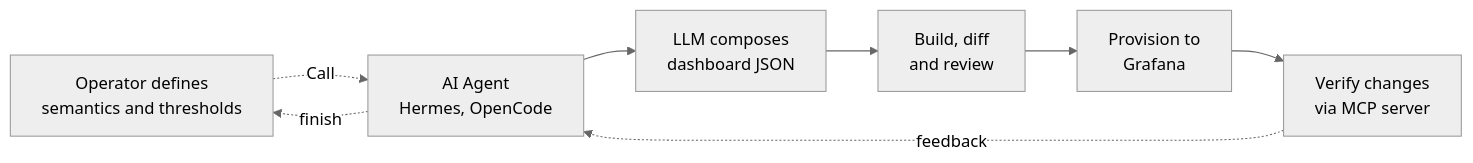
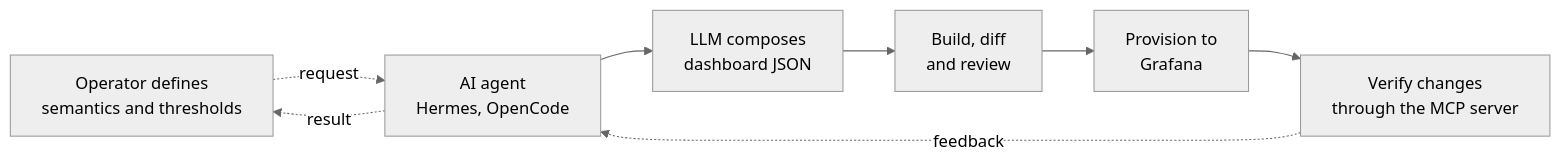
The sixth of 6 diagrams in slides.md (hanx-hep/28th-junocm-dci), drawn with Mermaid (neutral theme) before and after one commit. The commit also changed other lines of this file, not shown here.

````diff
--- a/slides.md
+++ b/slides.md
@@ -496,10 +496,10 @@
 ```mermaid {scale: 0.65}
 flowchart LR
-    A[Operator defines<br/>semantics and thresholds] -. Call .-> B[AI Agent<br/>Hermes, OpenCode]
+    A[Operator defines<br/>semantics and thresholds] -. request .-> B[AI agent<br/>Hermes, OpenCode]
     B --> F[LLM composes<br/>dashboard JSON]
     F --> C[Build, diff<br/>and review]
     C --> D[Provision to<br/>Grafana]
-    D --> E[Verify changes<br/>via MCP server]
+    D --> E[Verify changes<br/>through the MCP server]
     E -. feedback .-> B
-    B -. finish .-> A
+    B -. result .-> A
 ```
````
